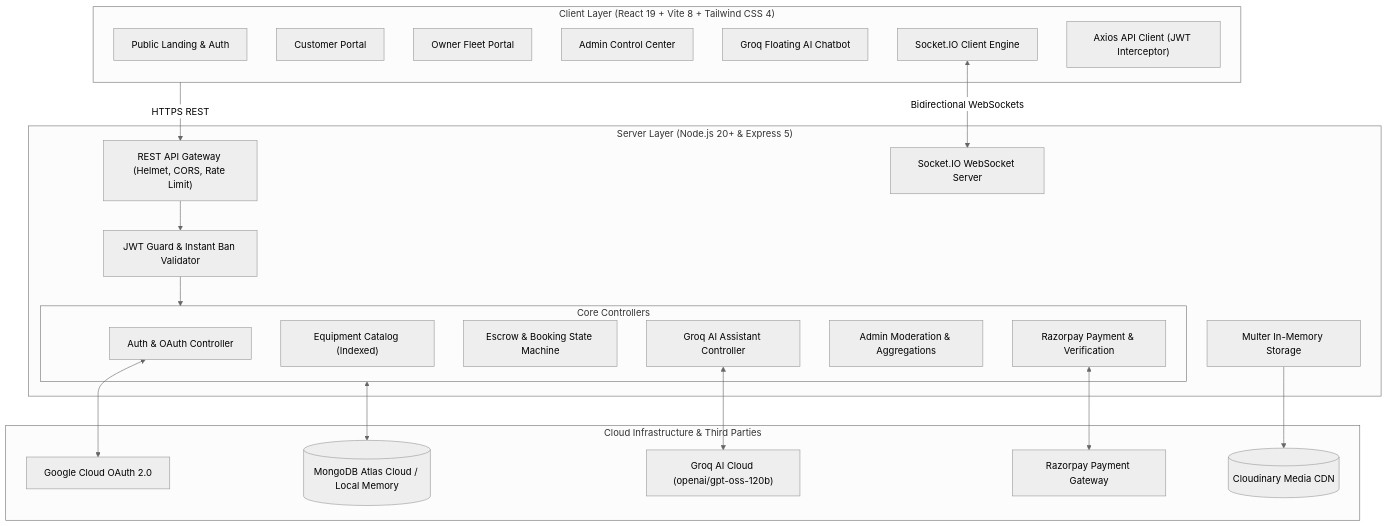
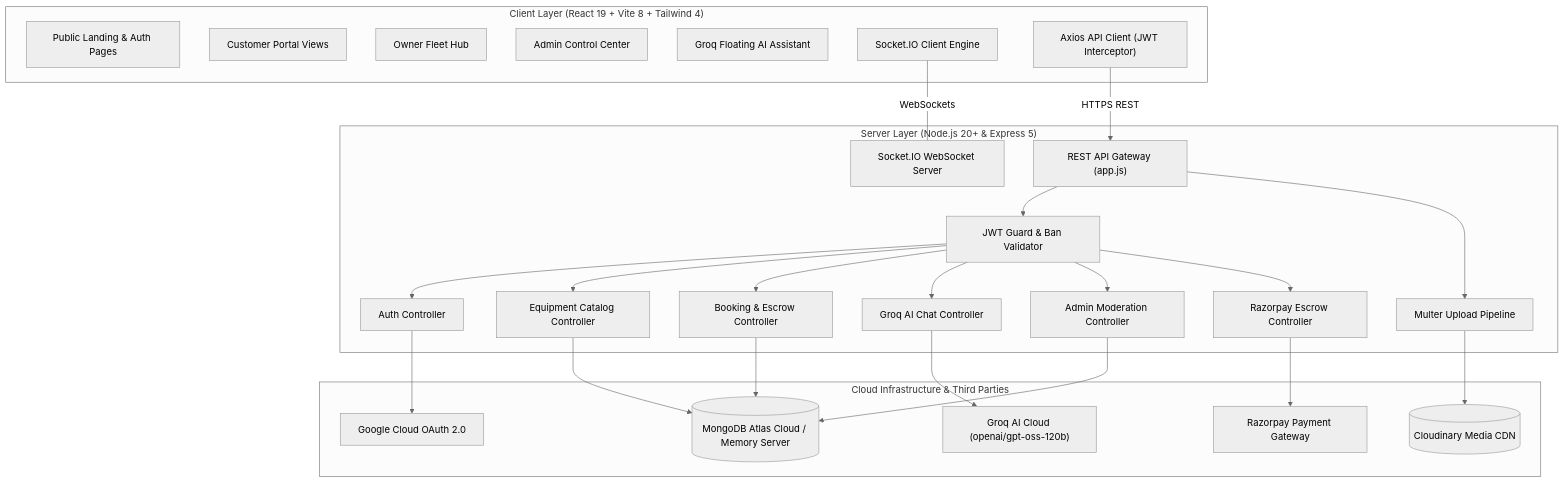
One commit to Rentra-Internship-Project/Rentra-Internship-Project changed the diagram in README.md. Above: the diagram before and after it, drawn with Mermaid (neutral theme). The commit also changed other lines of this file and 2 other files, not shown here.

Commit message:
fix(docs): resolve GitHub Mermaid diagram coordinate error and LaTeX underscore syntax
- Fix Mermaid flowchart layout by connecting directly between node endpoints rather than subgraph IDs, resolving GitHub's Dagre 'Could not find a suitable point for the given distance' rendering error.

- Replace problematic LaTeX \$\$\text{...}\$\$ equation with universal clean markdown badge flow for the 9-stage booking state machine.

- Replace \$\rightarrow\$ math notation in server/README.md with native unicode arrows (→).

````diff
--- a/README.md
+++ b/README.md
@@ -101,46 +101,53 @@
 ```mermaid
 flowchart TB
-    subgraph Client ["Client Layer (React 19 + Vite 8 + Tailwind CSS 4)"]
-        Landing["Public Landing & Auth"]
-        CustApp["Customer Portal"]
-        OwnerApp["Owner Fleet Portal"]
+    subgraph Client ["Client Layer (React 19 + Vite 8 + Tailwind 4)"]
+        Landing["Public Landing & Auth Pages"]
+        CustApp["Customer Portal Views"]
+        OwnerApp["Owner Fleet Hub"]
         AdminApp["Admin Control Center"]
-        AIWidget["Groq Floating AI Chatbot"]
+        AIWidget["Groq Floating AI Assistant"]
         SocketC["Socket.IO Client Engine"]
         AxiosSvc["Axios API Client (JWT Interceptor)"]
     end
 
     subgraph Backend ["Server Layer (Node.js 20+ & Express 5)"]
-        Gateway["REST API Gateway (Helmet, CORS, Rate Limit)"]
-        AuthMiddleware["JWT Guard & Instant Ban Validator"]
-        MulterPipeline["Multer In-Memory Storage"]
+        Gateway["REST API Gateway (app.js)"]
+        AuthGuard["JWT Guard & Ban Validator"]
         SocketS["Socket.IO WebSocket Server"]
         
-        subgraph Controllers ["Core Controllers"]
-            AuthController["Auth & OAuth Controller"]
-            EquipController["Equipment Catalog (Indexed)"]
-            BookingController["Escrow & Booking State Machine"]
-            ChatController["Groq AI Assistant Controller"]
-            AdminController["Admin Moderation & Aggregations"]
-            RazorpayController["Razorpay Payment & Verification"]
-        end
+        AuthController["Auth Controller"]
+        EquipController["Equipment Catalog Controller"]
+        BookingController["Booking & Escrow Controller"]
+        ChatController["Groq AI Chat Controller"]
+        AdminController["Admin Moderation Controller"]
+        RazorpayController["Razorpay Escrow Controller"]
+        UploadService["Multer Upload Pipeline"]
     end
 
     subgraph External ["Cloud Infrastructure & Third Parties"]
-        MongoAtlas[("MongoDB Atlas Cloud / Local Memory")]
+        MongoAtlas[("MongoDB Atlas Cloud / Memory Server")]
         CloudinaryCDN[("Cloudinary Media CDN")]
         RazorpayAPI["Razorpay Payment Gateway"]
         GroqAPI["Groq AI Cloud (openai/gpt-oss-120b)"]
         GoogleOAuth["Google Cloud OAuth 2.0"]
     end
 
-    Client -->|HTTPS REST| Gateway
-    SocketC <-->|Bidirectional WebSockets| SocketS
-    Gateway --> AuthMiddleware
-    AuthMiddleware --> Controllers
-    MulterPipeline --> CloudinaryCDN
-    Controllers <--> MongoAtlas
-    RazorpayController <--> RazorpayAPI
-    ChatController <--> GroqAPI
-    AuthController <--> GoogleOAuth
+    AxiosSvc -->|HTTPS REST| Gateway
+    SocketC ---|WebSockets| SocketS
+    Gateway --> AuthGuard
+    AuthGuard --> AuthController
+    AuthGuard --> EquipController
+    AuthGuard --> BookingController
+    AuthGuard --> ChatController
+    AuthGuard --> AdminController
+    AuthGuard --> RazorpayController
+    Gateway --> UploadService
+
+    UploadService --> CloudinaryCDN
+    EquipController --> MongoAtlas
+    BookingController --> MongoAtlas
+    AdminController --> MongoAtlas
+    RazorpayController --> RazorpayAPI
+    ChatController --> GroqAPI
+    AuthController --> GoogleOAuth
 ```
````
